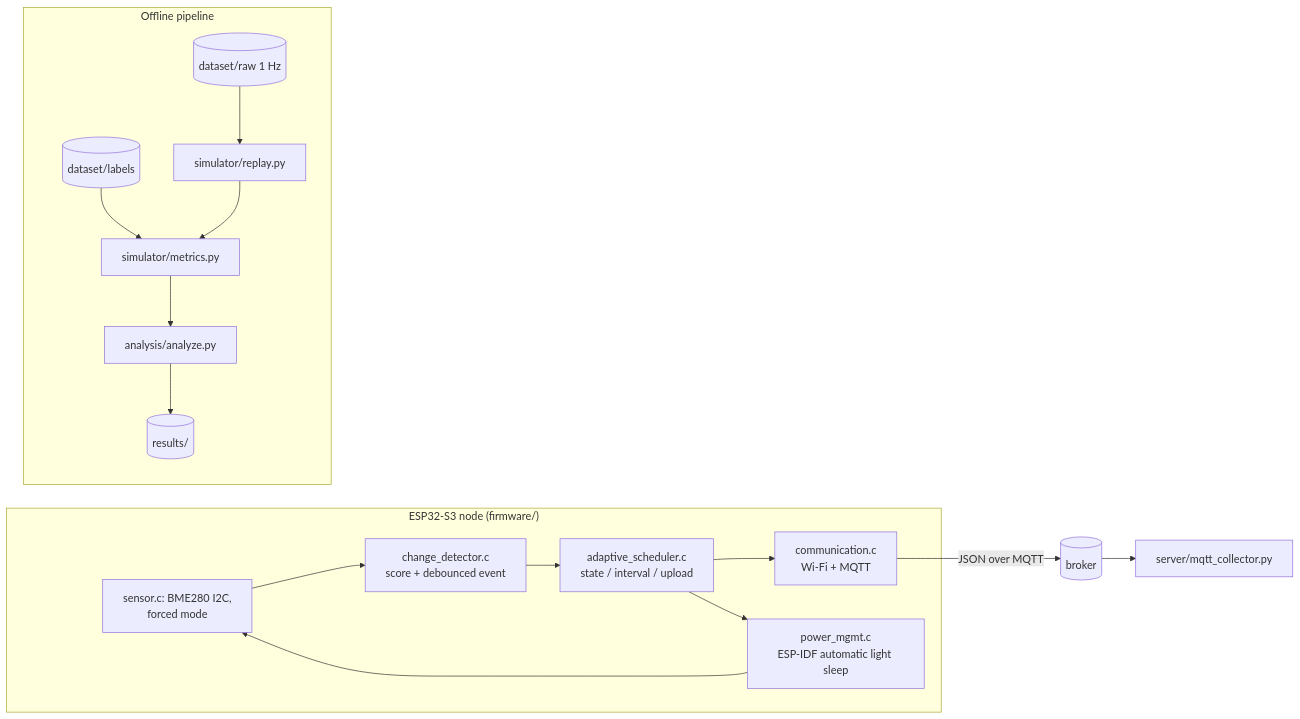
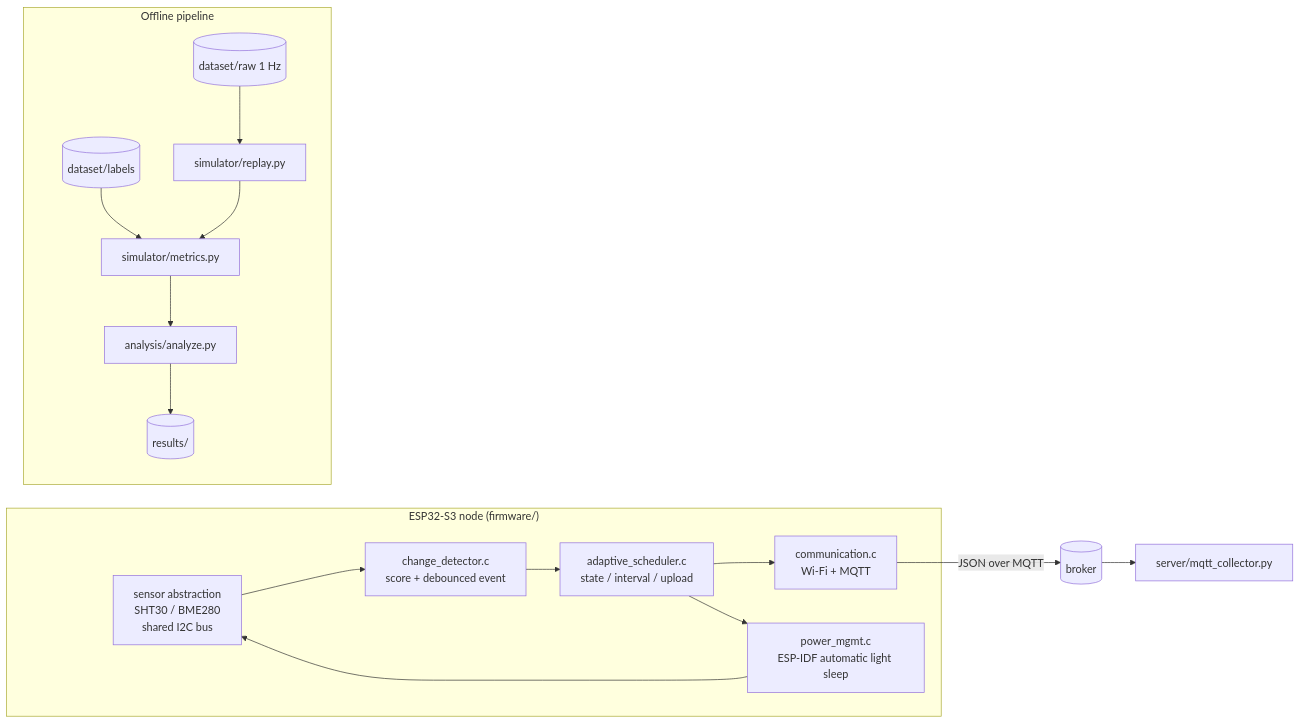
Before and after one commit to Sver0411/AdaptiveSense: the diagram in README.md, drawn with Mermaid. The commit also changed other lines of this file and 14 other files, not shown here.

````diff
--- a/README.md
+++ b/README.md
@@ -48,20 +56,20 @@
 ```mermaid
 flowchart LR
     subgraph Node["ESP32-S3 node (firmware/)"]
-        SEN["sensor.c: BME280 I2C,<br/>forced mode"] --> CD["change_detector.c<br/>score + debounced event"]
+        SEN["sensor abstraction<br/>SHT30 / BME280<br/>shared I2C bus"] --> CD["change_detector.c<br/>score + debounced event"]
         CD --> AS["adaptive_scheduler.c<br/>state / interval / upload"]
         AS --> COMM["communication.c<br/>Wi-Fi + MQTT"]
         AS --> PM["power_mgmt.c<br/>ESP-IDF automatic light sleep"]
         PM --> SEN
     end
     COMM -->|JSON over MQTT| BROKER[(broker)]
     BROKER --> COLLECT[server/mqtt_collector.py]
 
     subgraph Analysis["Offline pipeline"]
         RAW[(dataset/raw 1 Hz)] --> REPLAY[simulator/replay.py]
         LAB[(dataset/labels)] --> MET[simulator/metrics.py]
         REPLAY --> MET
         MET --> ANA[analysis/analyze.py]
         ANA --> RES[(results/)]
     end
 ```
````
